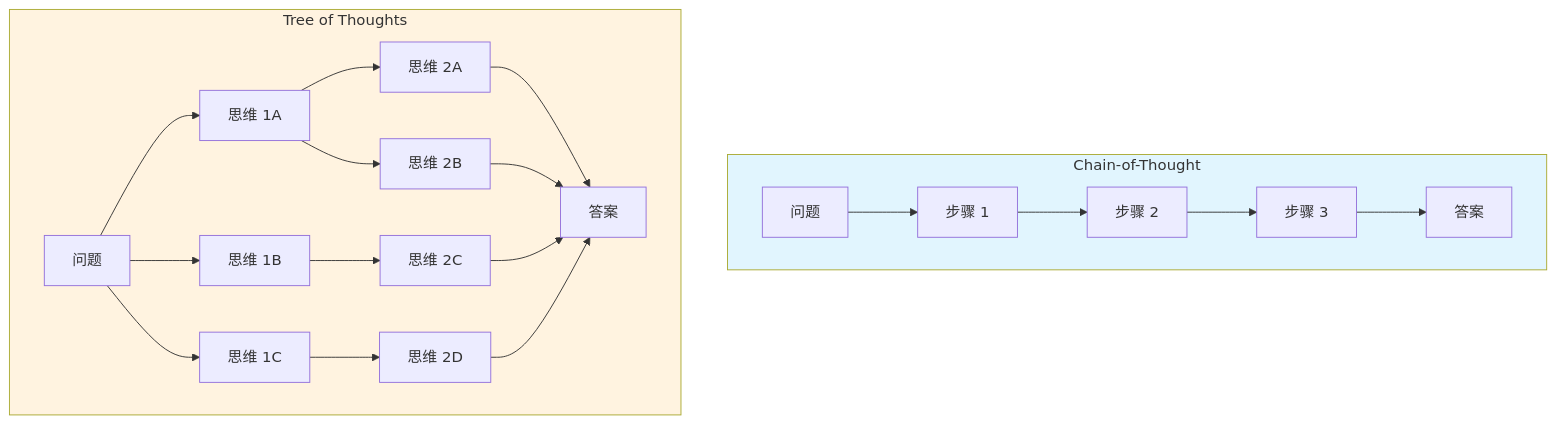
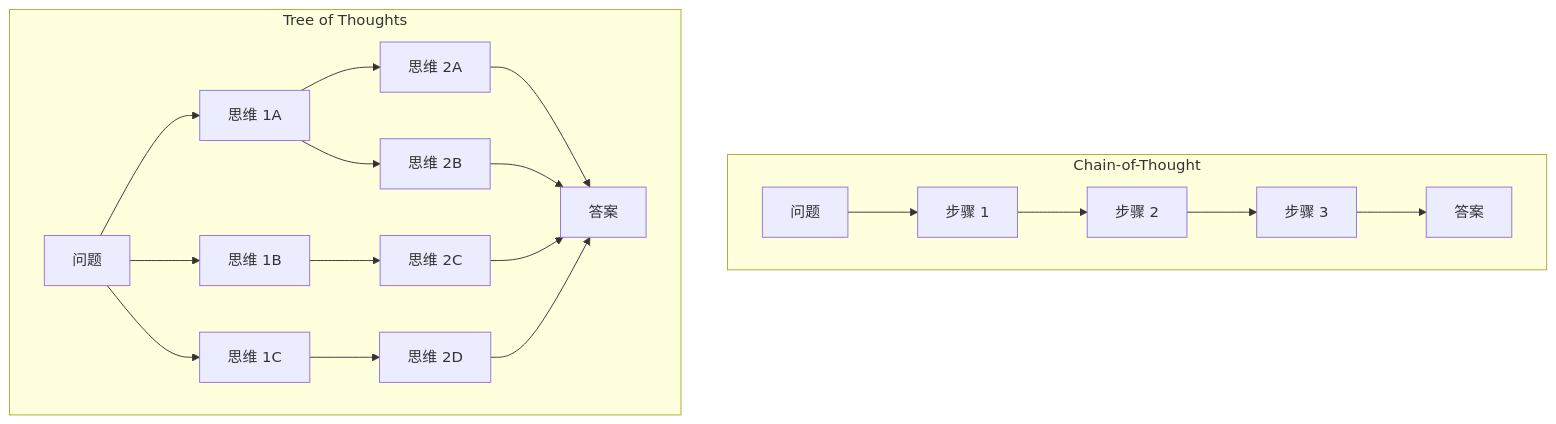
One commit to yuexiaoliang/prompt-engineering-learning changed the second of 8 diagrams in 03-reasoning-zh.md. Above: the diagram before and after it, drawn with Mermaid. The commit also changed other lines of this file, not shown here.

Commit message:
fix: remove hardcoded fill colors from Mermaid charts for light/dark theme auto-adaptation

````diff
--- a/03-reasoning-zh.md
+++ b/03-reasoning-zh.md
@@ -242,28 +237,26 @@
 ```mermaid
 flowchart TB
     subgraph CoT["Chain-of-Thought"]
         C1[问题] --> C2[步骤 1]
         C2 --> C3[步骤 2]
         C3 --> C4[步骤 3]
         C4 --> C5[答案]
     end
 
     subgraph ToT["Tree of Thoughts"]
         T1[问题] --> T2A[思维 1A]
         T1 --> T2B[思维 1B]
         T1 --> T2C[思维 1C]
 
         T2A --> T3A[思维 2A]
         T2A --> T3B[思维 2B]
         T2B --> T3C[思维 2C]
         T2C --> T3D[思维 2D]
 
         T3A --> T4[答案]
         T3B --> T4
         T3C --> T4
         T3D --> T4
     end
 
-    style CoT fill:#e1f5fe
-    style ToT fill:#fff3e0
 ```
````
